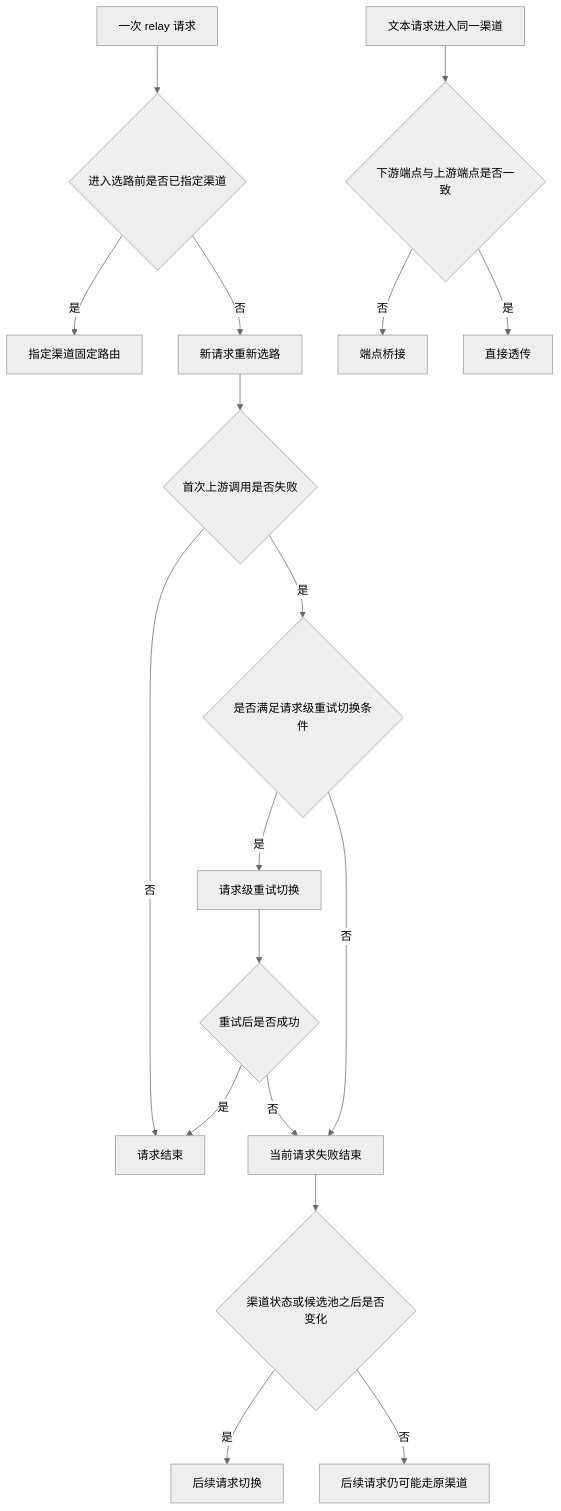
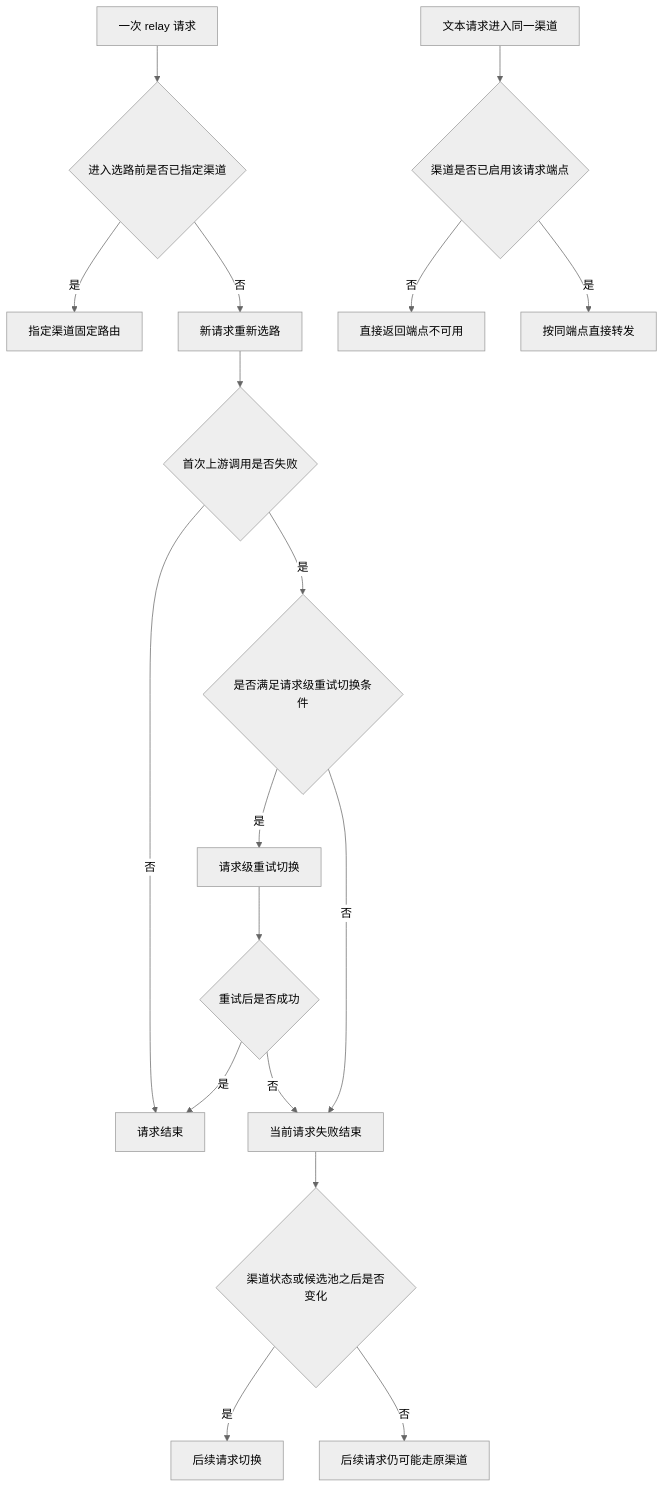
One commit to kobofare/router changed the first of 5 diagrams in docs/路由逻辑.md. Above: the diagram before and after it, drawn with Mermaid (neutral theme). The commit also changed other lines of this file and 41 other files, not shown here.

````diff
--- a/docs/路由逻辑.md
+++ b/docs/路由逻辑.md
@@ -72,24 +92,24 @@
 ```mermaid
 flowchart TD
     A[一次 relay 请求] --> B{进入选路前是否已指定渠道}
     B -- 是 --> C[指定渠道固定路由]
     B -- 否 --> D[新请求重新选路]
 
     D --> E{首次上游调用是否失败}
     E -- 否 --> F[请求结束]
     E -- 是 --> G{是否满足请求级重试切换条件}
     G -- 是 --> H[请求级重试切换]
     G -- 否 --> I[当前请求失败结束]
 
     H --> J{重试后是否成功}
     J -- 是 --> F
     J -- 否 --> I
 
     I --> K{渠道状态或候选池之后是否变化}
     K -- 是 --> L[后续请求切换]
     K -- 否 --> M[后续请求仍可能走原渠道]
 
-    N[文本请求进入同一渠道] --> O{下游端点与上游端点是否一致}
-    O -- 否 --> P[端点桥接]
-    O -- 是 --> Q[直接透传]
+    N[文本请求进入同一渠道] --> O{渠道是否已启用该请求端点}
+    O -- 否 --> P[直接返回端点不可用]
+    O -- 是 --> Q[按同端点直接转发]
 ```
````
